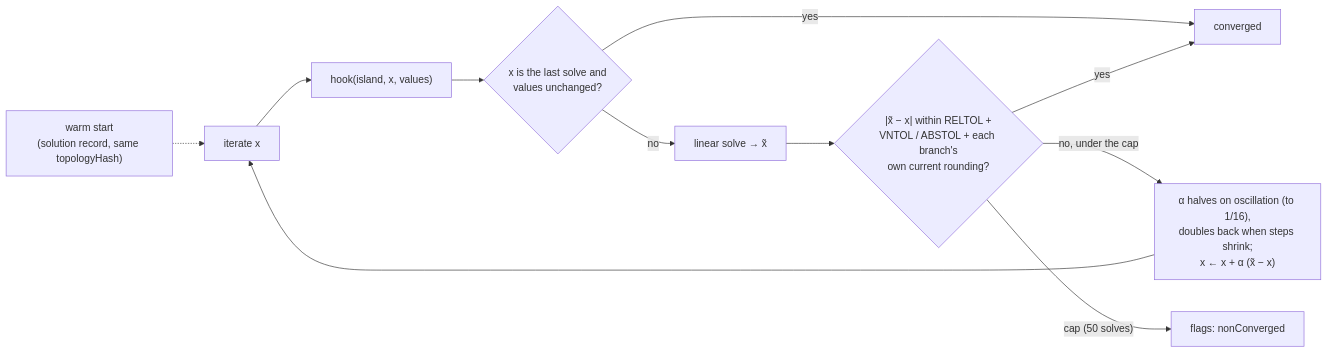
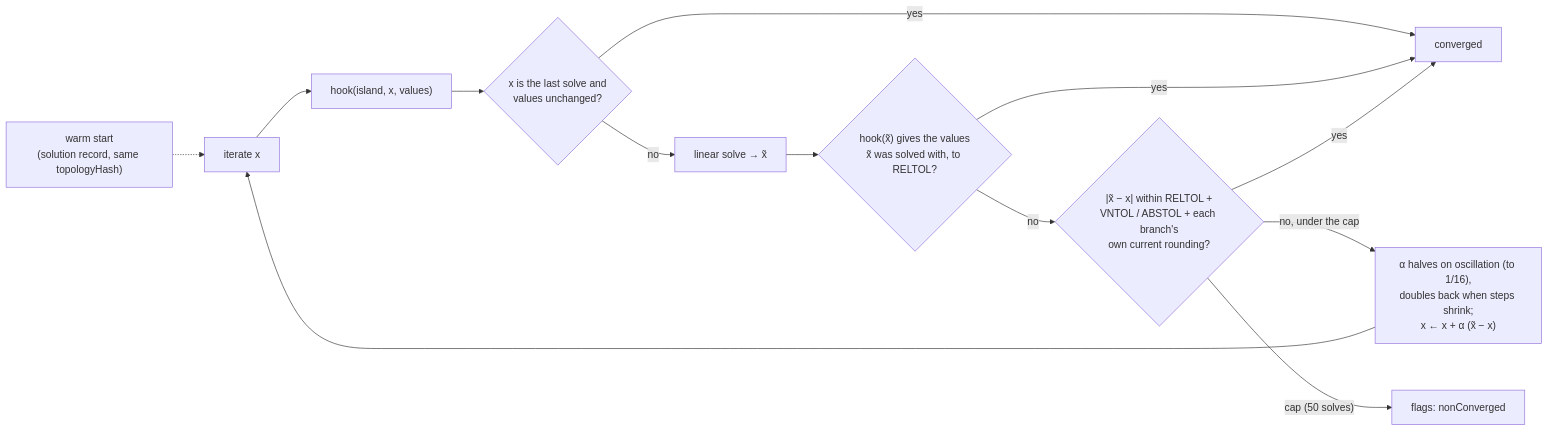
One commit to joebarbere/controls changed the fourth of 6 diagrams in docs/architecture/simulation.md. Above: the diagram before and after it, drawn with Mermaid. The commit also changed other lines of this file and 45 other files, not shown here.

````diff
--- a/docs/architecture/simulation.md
+++ b/docs/architecture/simulation.md
@@ -250,13 +250,15 @@
 ```mermaid
 flowchart LR
     W["warm start<br/>(solution record, same topologyHash)"] -.-> X["iterate x"]
     X --> HK["hook(island, x, values)"]
     HK --> FP{"x is the last solve and<br/>values unchanged?"}
     FP -- yes --> DONE["converged"]
     FP -- no --> LS["linear solve → x̃"]
-    LS --> CV{"|x̃ − x| within RELTOL +<br/>VNTOL / ABSTOL + each branch's<br/>own current rounding?"}
+    LS --> SC{"hook(x̃) gives the values<br/>x̃ was solved with, to RELTOL?"}
+    SC -- yes --> DONE
+    SC -- no --> CV{"|x̃ − x| within RELTOL +<br/>VNTOL / ABSTOL + each branch's<br/>own current rounding?"}
     CV -- yes --> DONE
     CV -- "no, under the cap" --> DAMP["α halves on oscillation (to 1/16),<br/>doubles back when steps shrink;<br/>x ← x + α (x̃ − x)"]
     DAMP --> X
     CV -- "cap (50 solves)" --> NC["flags: nonConverged"]
 ```
````
